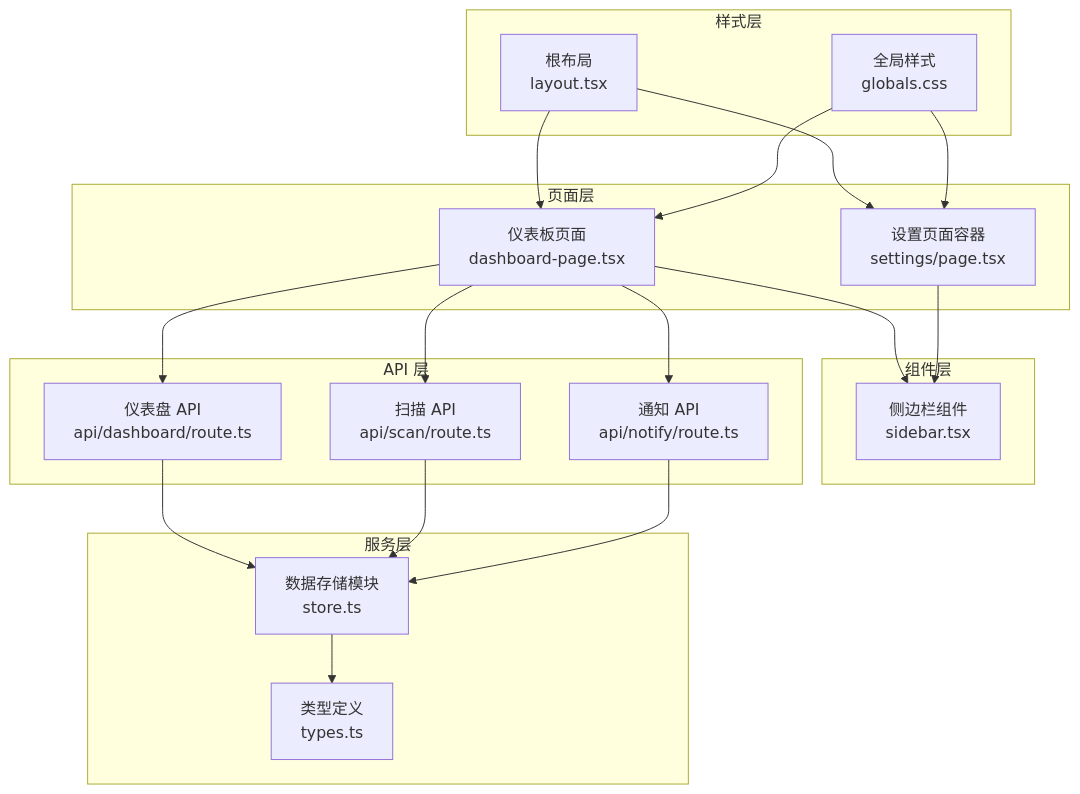
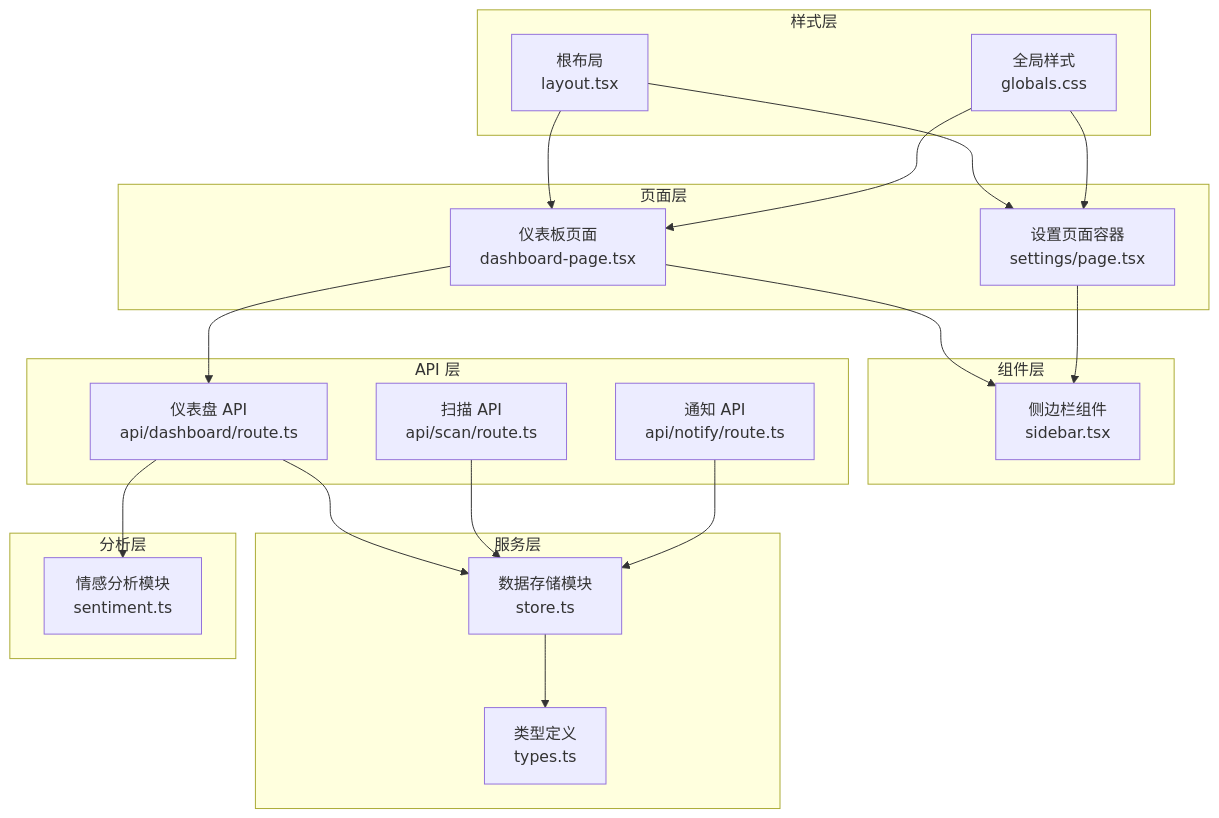
Before and after one commit to zezzezzez/reddit: the first of 8 diagrams in .qoder/repowiki/zh/content/前端界面/仪表板组件.md, drawn with Mermaid. The commit also changed other lines of this file and 21 other files, not shown here.

````diff
--- a/.qoder/repowiki/zh/content/前端界面/仪表板组件.md
+++ b/.qoder/repowiki/zh/content/前端界面/仪表板组件.md
@@ -39,36 +50,38 @@
 ```mermaid
 graph TB
 subgraph "页面层"
 DP["仪表板页面<br/>dashboard-page.tsx"]
 SP["设置页面容器<br/>settings/page.tsx"]
 end
 subgraph "组件层"
 SB["侧边栏组件<br/>sidebar.tsx"]
 end
 subgraph "服务层"
 ST["数据存储模块<br/>store.ts"]
 TP["类型定义<br/>types.ts"]
 end
 subgraph "API 层"
 AD["仪表盘 API<br/>api/dashboard/route.ts"]
 AS["扫描 API<br/>api/scan/route.ts"]
 AN["通知 API<br/>api/notify/route.ts"]
 end
+subgraph "分析层"
+SN["情感分析模块<br/>sentiment.ts"]
+end
 subgraph "样式层"
 LG["根布局<br/>layout.tsx"]
 GC["全局样式<br/>globals.css"]
 end
 DP --> AD
-DP --> AS
-DP --> AN
 DP --> SB
 AD --> ST
+AD --> SN
 AS --> ST
 AN --> ST
 ST --> TP
 SP --> SB
 LG --> DP
 LG --> SP
 GC --> DP
 GC --> SP
 ```
````
